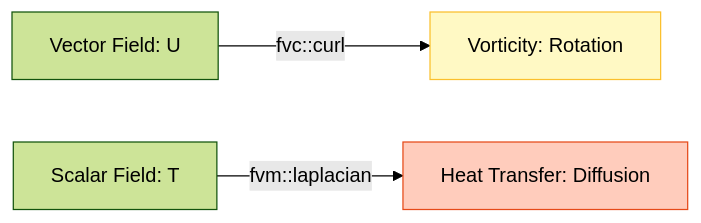
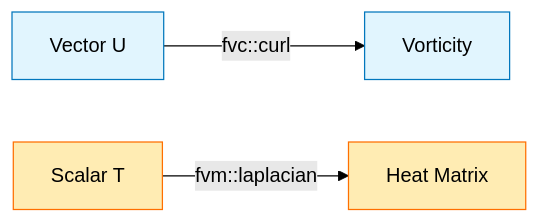
One commit to wramet/build-my-cfd changed the second of 2 diagrams in MODULE_05_OPENFOAM_PROGRAMMING/CONTENT/10_VECTOR_CALCULUS/05_Curl_and_Laplacian.md. Above: the diagram before and after it, drawn with Mermaid (forest theme). The commit also changed other lines of this file and 313 other files, not shown here.

Commit message:
Revise all diagram

````diff
--- a/MODULE_05_OPENFOAM_PROGRAMMING/CONTENT/10_VECTOR_CALCULUS/05_Curl_and_Laplacian.md
+++ b/MODULE_05_OPENFOAM_PROGRAMMING/CONTENT/10_VECTOR_CALCULUS/05_Curl_and_Laplacian.md
@@ -480,8 +481,9 @@
 ```mermaid
-graph LR
-    U[Vector Field: U] -- "fvc::curl" --> V[Vorticity: Rotation]
-    T[Scalar Field: T] -- "fvm::laplacian" --> D[Heat Transfer: Diffusion]
-
-    style V fill:#fff9c4,stroke:#fbc02d
-    style D fill:#ffccbc,stroke:#e64a19
+flowchart LR
+    classDef vec fill:#e1f5fe,stroke:#0277bd,color:#000
+    classDef scal fill:#ffecb3,stroke:#ff6f00,color:#000
+    classDef op fill:#e0e0e0,stroke:#333,stroke-dasharray: 5 5,color:#000
+    
+    U[Vector U]:::vec -->|fvc::curl| V[Vorticity]:::vec
+    T[Scalar T]:::scal -->|fvm::laplacian| H[Heat Matrix]:::scal
 ```
````
